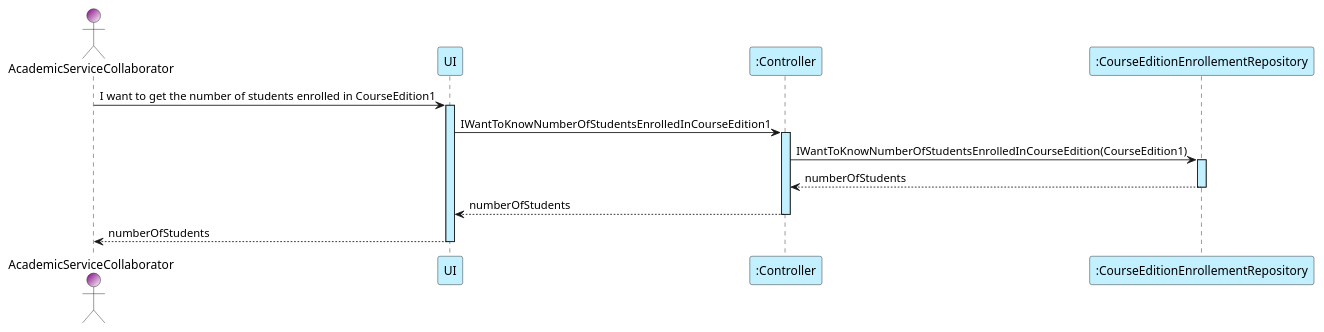
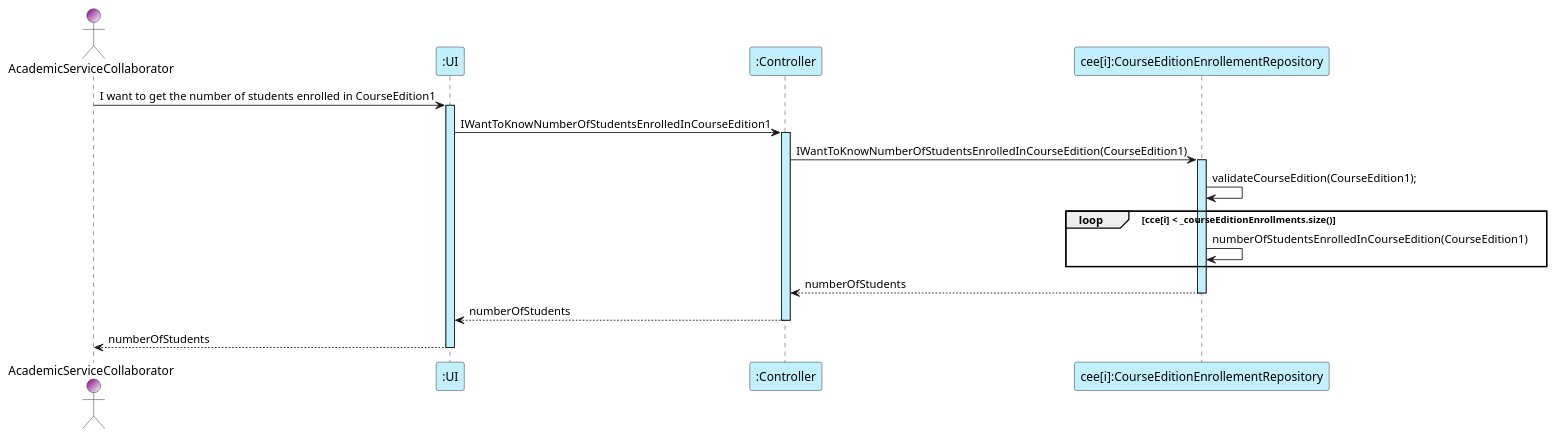
One commit to GasparISEP/DevOps-PAI changed the diagram in docs/sequenceDiagrams/US24/US24_IWantToKnowNumberOfStudentsEnrolledInCourseEdition.puml. Above: the diagram before and after it, drawn with PlantUML.

```diff
--- a/docs/sequenceDiagrams/US24/US24_IWantToKnowNumberOfStudentsEnrolledInCourseEdition.puml
+++ b/docs/sequenceDiagrams/US24/US24_IWantToKnowNumberOfStudentsEnrolledInCourseEdition.puml
@@ -1,22 +1,29 @@
 @startuml
 'https://plantuml.com/sequence-diagram
 
 actor AcademicServiceCollaborator as ASC #Purple/White
-participant UI #application
+participant ":UI" as UI #application
 participant ":Controller" as C #application
-participant ":CourseEditionEnrollementRepository" as CEER #application
+participant "cee[i]:CourseEditionEnrollementRepository" as CEER #application
 
 ASC -> UI : I want to get the number of students enrolled in CourseEdition1
 activate UI #application
 UI -> C  : IWantToKnowNumberOfStudentsEnrolledInCourseEdition1
 activate C #application
 C -> CEER : IWantToKnowNumberOfStudentsEnrolledInCourseEdition(CourseEdition1)
 activate CEER #application
+
+CEER -> CEER : validateCourseEdition(CourseEdition1);
+
+loop cce[i] < _courseEditionEnrollments.size()
+    CEER -> CEER : numberOfStudentsEnrolledInCourseEdition(CourseEdition1)
+end loop
+
 C <-- CEER : numberOfStudents
 deactivate CEER #application
 UI <-- C : numberOfStudents
 deactivate C #application
 ASC <-- UI : numberOfStudents
 deactivate UI #application
 
 @enduml
```
